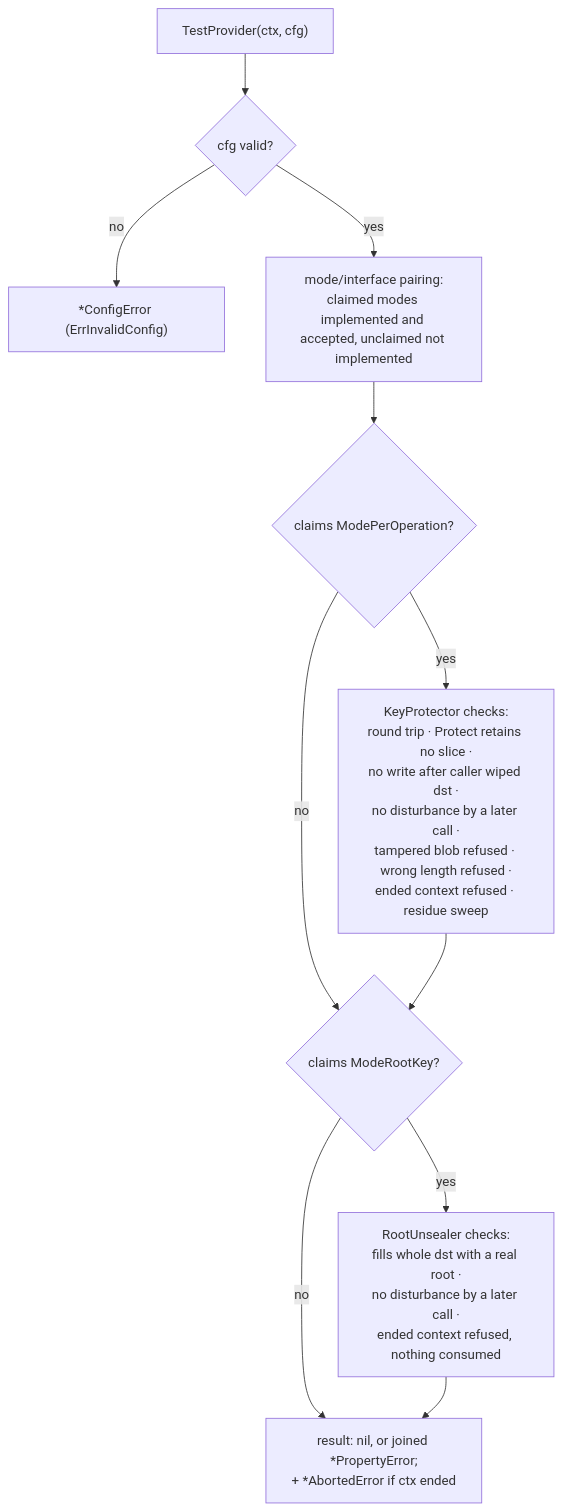
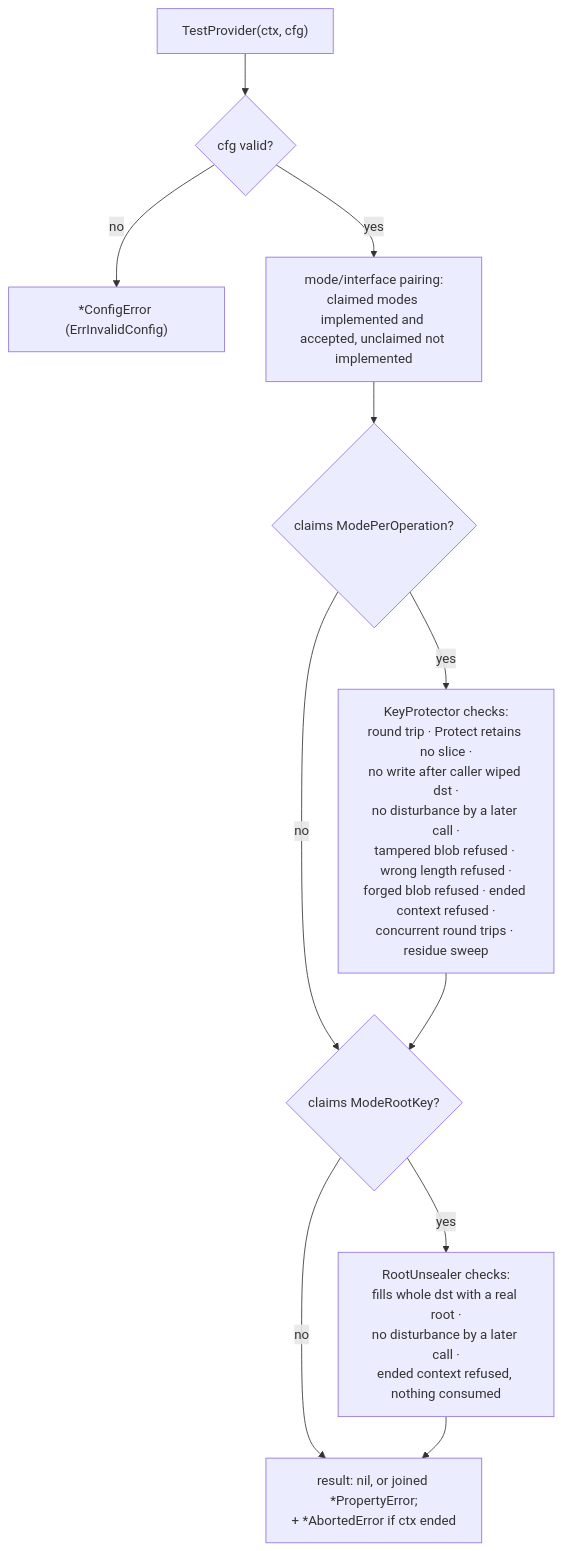
Before and after one commit to jeremyhahn/go-enclave: the diagram in docs/provider-conformance/architecture.md, drawn with Mermaid. The commit also changed other lines of this file and 20 other files, not shown here.

````diff
--- a/docs/provider-conformance/architecture.md
+++ b/docs/provider-conformance/architecture.md
@@ -26,13 +26,13 @@
 ```mermaid
 flowchart TD
   T["TestProvider(ctx, cfg)"] --> V{cfg valid?}
   V -- no --> CE["*ConfigError (ErrInvalidConfig)"]
   V -- yes --> MP["mode/interface pairing:<br/>claimed modes implemented and accepted, unclaimed not implemented"]
   MP --> KP{"claims ModePerOperation?"}
-  KP -- yes --> KPC["KeyProtector checks:<br/>round trip · Protect retains no slice ·<br/>no write after caller wiped dst ·<br/>no disturbance by a later call ·<br/>tampered blob refused · wrong length refused ·<br/>ended context refused · residue sweep"]
+  KP -- yes --> KPC["KeyProtector checks:<br/>round trip · Protect retains no slice ·<br/>no write after caller wiped dst ·<br/>no disturbance by a later call ·<br/>tampered blob refused · wrong length refused ·<br/>forged blob refused · ended context refused ·<br/>concurrent round trips · residue sweep"]
   KP -- no --> RU
   KPC --> RU{"claims ModeRootKey?"}
   RU -- yes --> RUC["RootUnsealer checks:<br/>fills whole dst with a real root ·<br/>no disturbance by a later call ·<br/>ended context refused, nothing consumed"]
   RU -- no --> R
   RUC --> R["result: nil, or joined *PropertyError;<br/>+ *AbortedError if ctx ended"]
 ```
````
